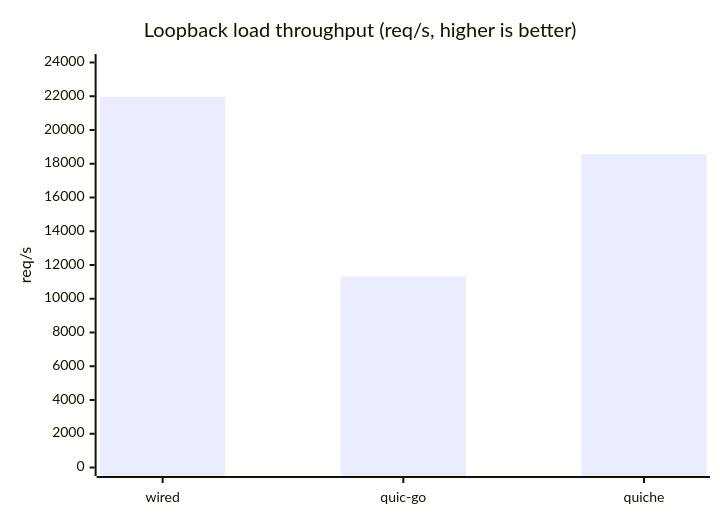
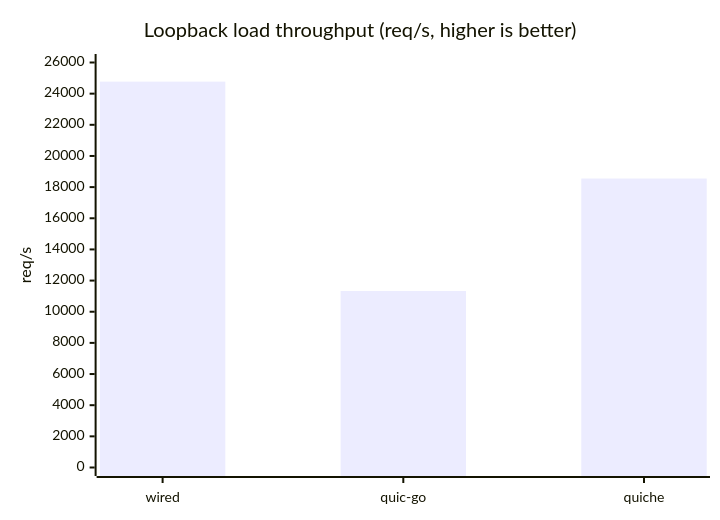
One commit to Hakkadaikon/wired changed the second of 4 diagrams in docs/comparison.md. Above: the diagram before and after it, drawn with Mermaid. The commit also changed other lines of this file, not shown here.

````diff
--- a/docs/comparison.md
+++ b/docs/comparison.md
@@ -135,7 +157,7 @@
 ```mermaid
 xychart-beta
     title "Loopback load throughput (req/s, higher is better)"
     x-axis ["wired", "quic-go", "quiche"]
-    y-axis "req/s" 0 --> 24000
-    bar [21962, 11329, 18550]
+    y-axis "req/s" 0 --> 26000
+    bar [24771, 11329, 18550]
 ```
````
